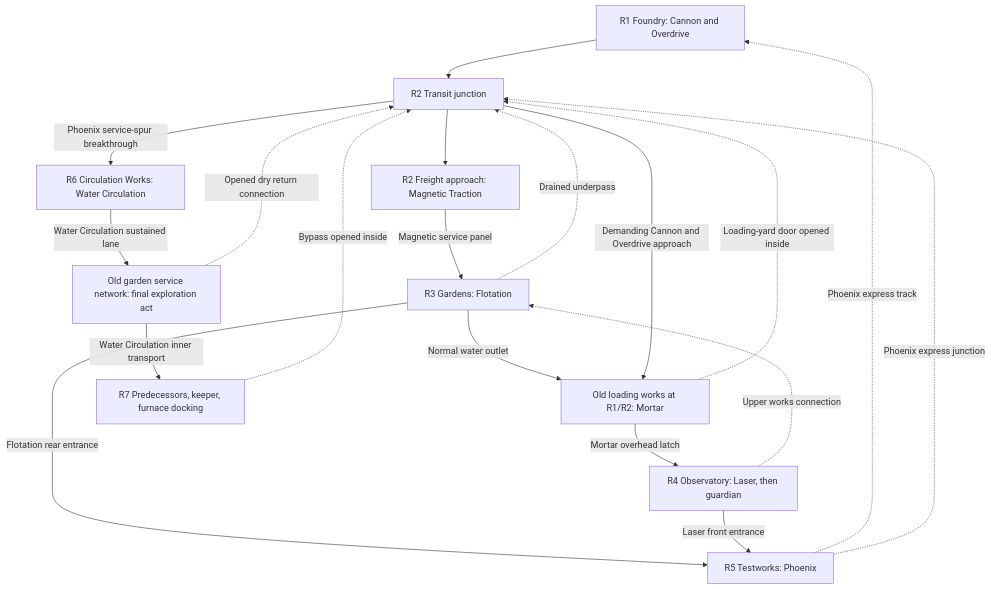
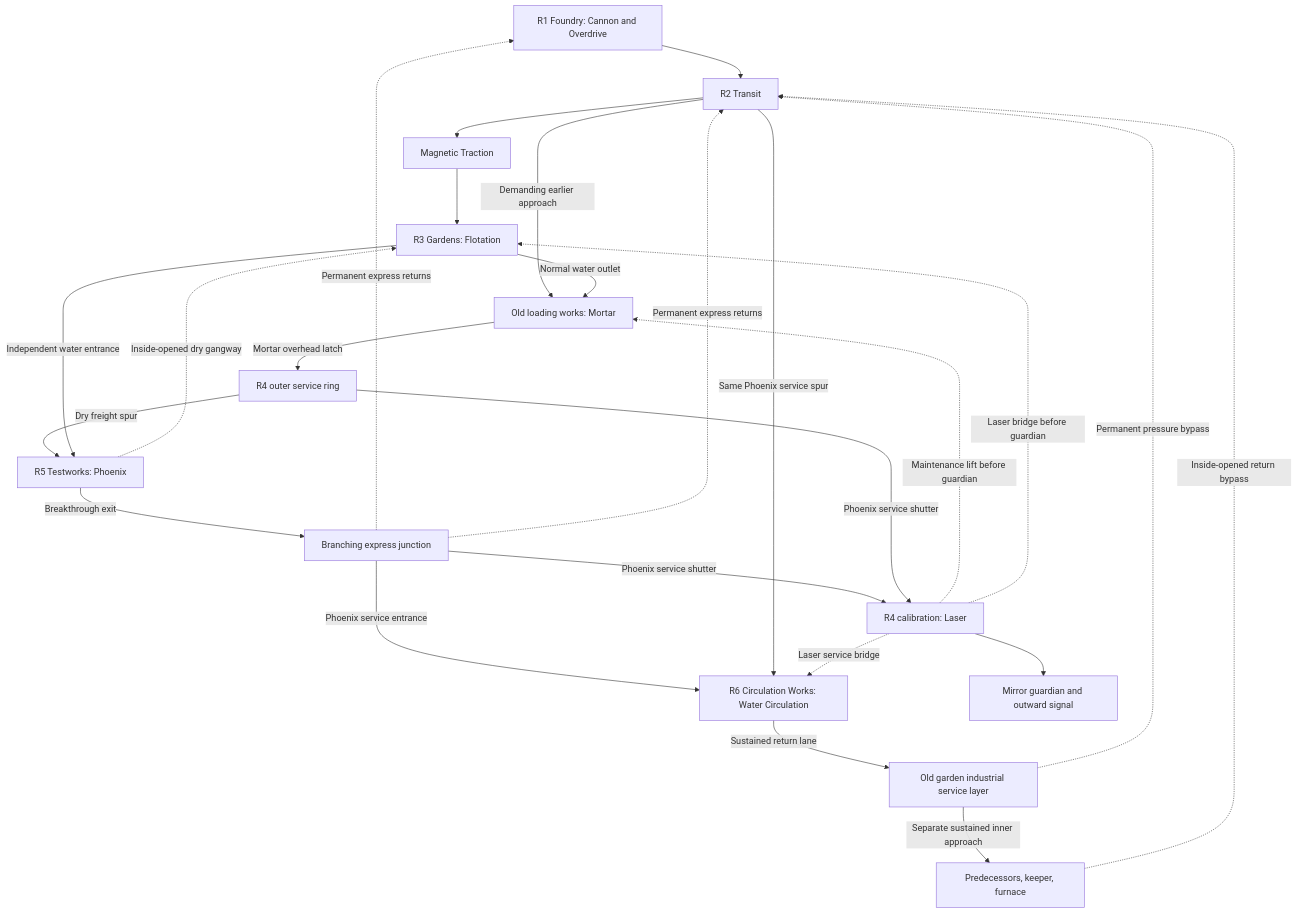
One commit to Milky2018/tankle-adventure-astra changed the first of 4 diagrams in Gamespec.md. Above: the diagram before and after it, drawn with Mermaid. The commit also changed other lines of this file and 18 other files, not shown here.

Commit message:
Build nonlinear middle regions with Phoenix, Laser, and circulation

````diff
--- a/Gamespec.md
+++ b/Gamespec.md
@@ -379,21 +400,27 @@
 ```mermaid
 flowchart TD
-    R1["R1 Foundry: Cannon and Overdrive"] --> R2["R2 Transit junction"]
-    R2 --> M["R2 Freight approach: Magnetic Traction"]
-    M -->|Magnetic service panel| R3["R3 Gardens: Flotation"]
-    R3 -->|Normal water outlet| L["Old loading works at R1/R2: Mortar"]
-    R2 -->|Demanding Cannon and Overdrive approach| L
-    L -->|Mortar overhead latch| R4["R4 Observatory: Laser, then guardian"]
-    R3 -->|Flotation rear entrance| R5["R5 Testworks: Phoenix"]
-    R4 -->|Laser front entrance| R5
-    R3 -.->|Drained underpass| R2
-    R4 -.->|Upper works connection| R3
-    L -.->|Loading-yard door opened inside| R2
-    R5 -.->|Phoenix express track| R1
-    R5 -.->|Phoenix express junction| R2
-    R2 -->|Phoenix service-spur breakthrough| R6["R6 Circulation Works: Water Circulation"]
-    R6 -->|Water Circulation sustained lane| K["Old garden service network: final exploration act"]
-    K -.->|Opened dry return connection| R2
-    K -->|Water Circulation inner transport| R7["R7 Predecessors, keeper, furnace docking"]
-    R7 -.->|Bypass opened inside| R2
+    R1["R1 Foundry: Cannon and Overdrive"] --> R2["R2 Transit"]
+    R2 --> M["Magnetic Traction"]
+    M --> F["R3 Gardens: Flotation"]
+    R2 -->|Demanding earlier approach| L["Old loading works: Mortar"]
+    F -->|Normal water outlet| L
+    L -->|Mortar overhead latch| O["R4 outer service ring"]
+    O -->|Dry freight spur| P["R5 Testworks: Phoenix"]
+    F -->|Independent water entrance| P
+    P -->|Breakthrough exit| J["Branching express junction"]
+    J -->|Phoenix service shutter| A["R4 calibration: Laser"]
+    O -->|Phoenix service shutter| A
+    J -->|Phoenix service entrance| W["R6 Circulation Works: Water Circulation"]
+    R2 -->|Same Phoenix service spur| W
+    P -.->|Inside-opened dry gangway| F
+    J -.->|Permanent express returns| R1
+    J -.->|Permanent express returns| R2
+    A -.->|Maintenance lift before guardian| L
+    A -.->|Laser bridge before guardian| F
+    A -.->|Laser service bridge| W
+    A --> G["Mirror guardian and outward signal"]
+    W -->|Sustained return lane| K["Old garden industrial service layer"]
+    K -.->|Permanent pressure bypass| R2
+    K -->|Separate sustained inner approach| R7["Predecessors, keeper, furnace"]
+    R7 -.->|Inside-opened return bypass| R2
 ```
````
